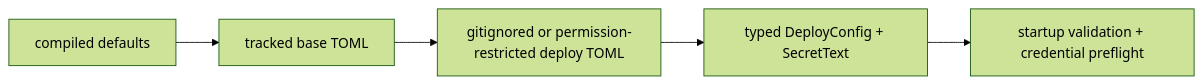
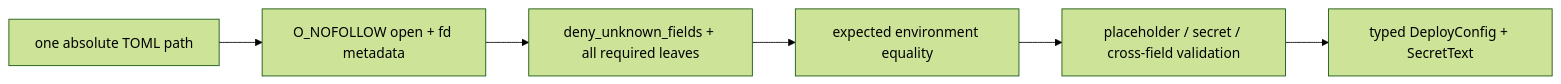
Before and after one commit to solomon-ssy/oxide-arb: the third of 12 diagrams in docs/operations/architecture-and-design.md, drawn with Mermaid (forest theme). The commit also changed other lines of this file and 438 other files, not shown here.

Commit message:
feat(core,models,research,repository,migration,api,web,system-tests,xtask,docs,ui): 🧮 Cut over to HiGHS global portfolio, mixed-route reports, and descriptor-backed deploy/runtime config

````diff
--- a/docs/operations/architecture-and-design.md
+++ b/docs/operations/architecture-and-design.md
@@ -162,7 +163,8 @@
 ```mermaid
 flowchart LR
-    Defaults["compiled defaults"] --> Base["tracked base TOML"]
-    Base --> Local["gitignored or permission-restricted deploy TOML"]
-    Local --> Effective["typed DeployConfig + SecretText"]
-    Effective --> Validation["startup validation + credential preflight"]
+    File["one absolute TOML path"] --> FD["O_NOFOLLOW open + fd metadata"]
+    FD --> Parse["deny_unknown_fields + all required leaves"]
+    Parse --> Env["expected environment equality"]
+    Env --> Secrets["placeholder / secret / cross-field validation"]
+    Secrets --> Effective["typed DeployConfig + SecretText"]
 ```
````
